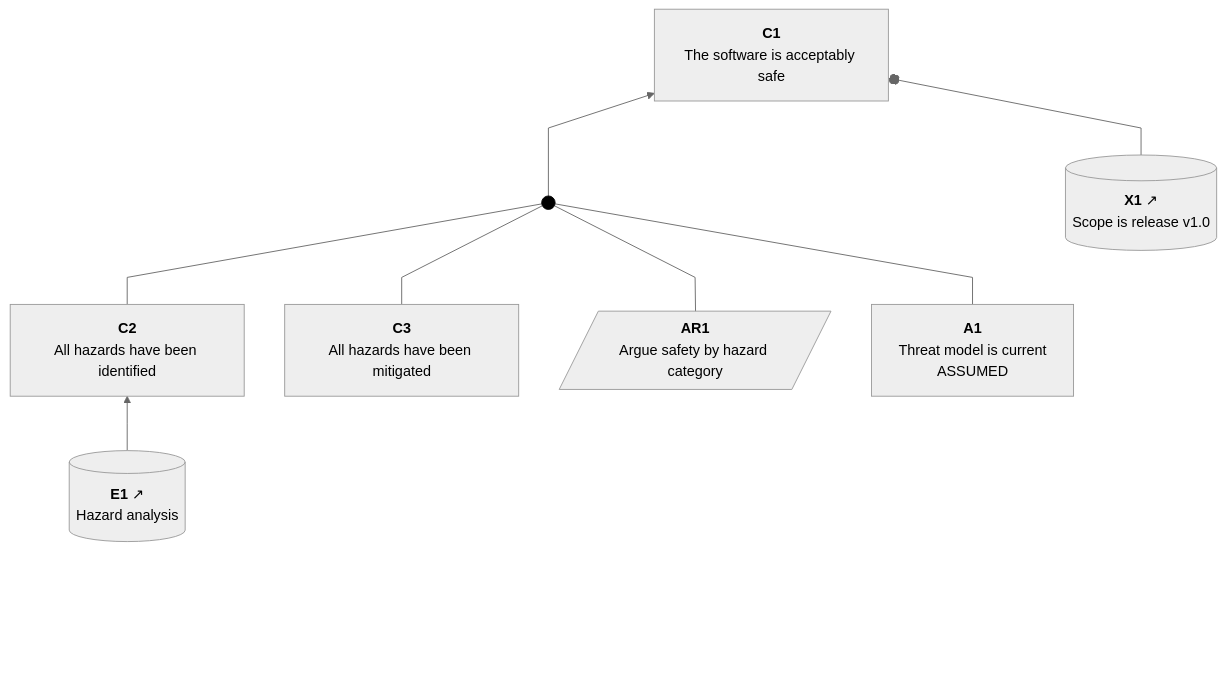
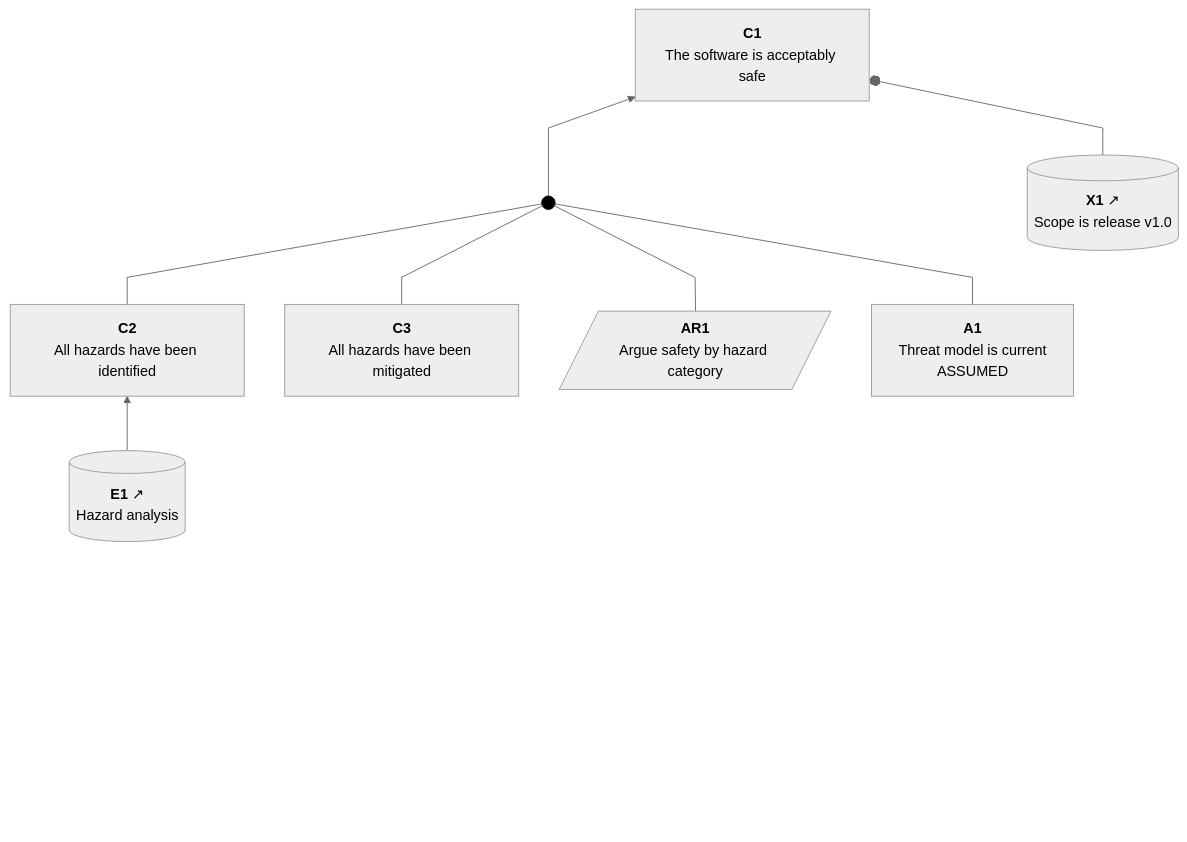
One commit to david-a-wheeler/verocase changed the diagram in tests/fixtures/simple.sacm.mermaid.expected.md. Above: the diagram before and after it, drawn with Mermaid. The commit also changed 8 other files, not shown here.

Commit message:
Increase bottom padding by lengthening connector

````diff
--- a/tests/fixtures/simple.sacm.mermaid.expected.md
+++ b/tests/fixtures/simple.sacm.mermaid.expected.md
@@ -1,45 +1,45 @@
 ```mermaid
 ---
 config:
   theme: neutral
   flowchart:
     curve: linear
     htmlLabels: true
     rankSpacing: 60
     nodeSpacing: 45
     padding: 15
 ---
 flowchart BT
     classDef invisible opacity:0
     classDef sacmDot fill:#000,stroke:#000
     classDef connector fill:none,stroke:#cccccc,stroke-width:1px;
     classDef abstractClaim stroke-width:2px,stroke-dasharray: 5 5;
     C1["<b>C1</b><br>The software is acceptably safe"]
     AR1[/"<b>AR1</b><br>Argue safety by hazard category"/]
     A1["<b>A1</b><br>Threat model is current<br>ASSUMED"]
     X1[("<b>X1</b>&nbsp;↗<br>Scope is release v1.0")]
     C2["<b>C2</b><br>All hazards have been identified"]
     C3["<b>C3</b><br>All hazards have been mitigated"]
     E1[("<b>E1</b>&nbsp;↗<br>Hazard analysis")]
     Dot1((" ")):::sacmDot
     click C1 "https://github.com/david-a-wheeler/verocase/blob/main/tests/fixtures/simple.sacm.mermaid.expected.md#claim-c1"
     click AR1 "https://github.com/david-a-wheeler/verocase/blob/main/tests/fixtures/simple.sacm.mermaid.expected.md#strategy-ar1"
     click A1 "https://github.com/david-a-wheeler/verocase/blob/main/tests/fixtures/simple.sacm.mermaid.expected.md#assumption-a1"
     click X1 "https://github.com/david-a-wheeler/verocase/blob/main/tests/fixtures/simple.sacm.mermaid.expected.md#context-x1"
     click C2 "https://github.com/david-a-wheeler/verocase/blob/main/tests/fixtures/simple.sacm.mermaid.expected.md#claim-c2"
     click C3 "https://github.com/david-a-wheeler/verocase/blob/main/tests/fixtures/simple.sacm.mermaid.expected.md#claim-c3"
     click E1 "https://github.com/david-a-wheeler/verocase/blob/main/tests/fixtures/simple.sacm.mermaid.expected.md#evidence-e1"
 
-    BottomPadding1["<br/><br/><br/>"]:::invisible ~~~ AR1
-    BottomPadding2["<br/><br/><br/>"]:::invisible ~~~ A1
-    BottomPadding3["<br/><br/><br/>"]:::invisible ~~~ X1
-    BottomPadding4["<br/><br/><br/>"]:::invisible ~~~ C3
-    BottomPadding5["<br/><br/><br/>"]:::invisible ~~~ E1
+    BottomPadding1["<br/><br/><br/>"]:::invisible ~~~~ AR1
+    BottomPadding2["<br/><br/><br/>"]:::invisible ~~~~ A1
+    BottomPadding3["<br/><br/><br/>"]:::invisible ~~~~ X1
+    BottomPadding4["<br/><br/><br/>"]:::invisible ~~~~ C3
+    BottomPadding5["<br/><br/><br/>"]:::invisible ~~~~ E1
     E1 --> C2
     C2 --- Dot1
     C3 --- Dot1
     AR1 --- Dot1
     A1 --- Dot1
     Dot1 --> C1
     X1 --o C1
 ```
````
